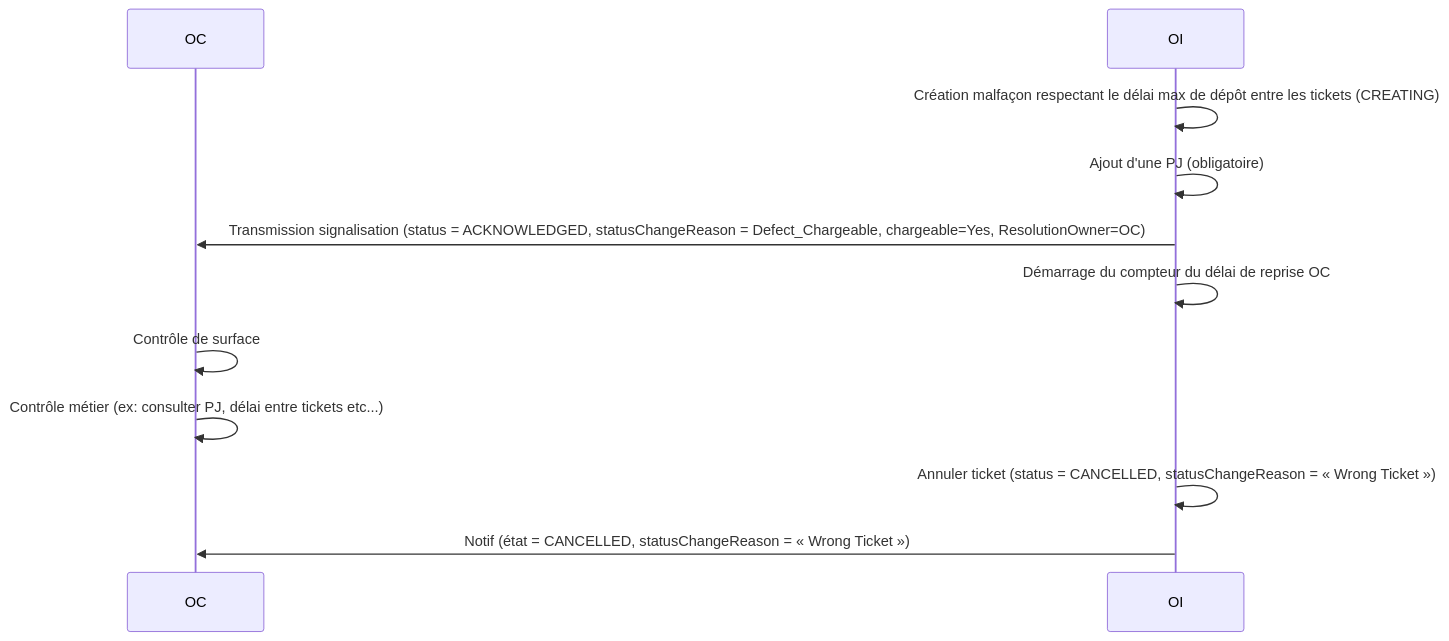
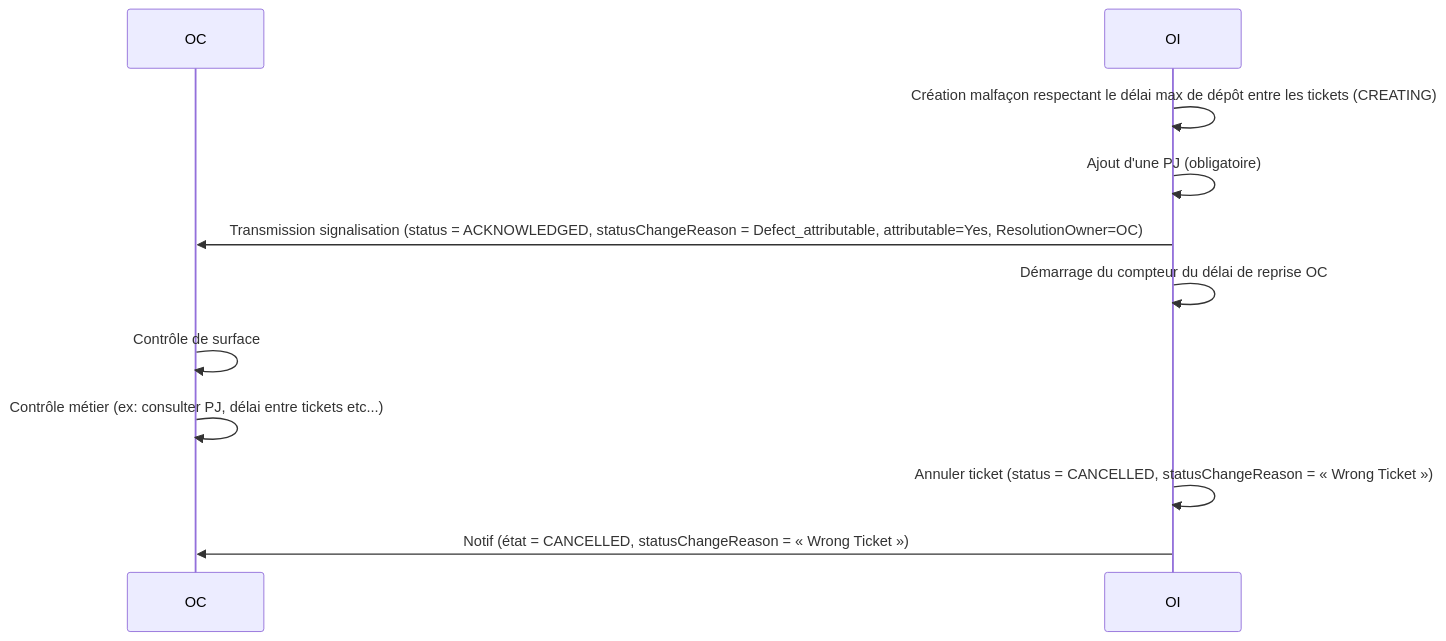
Diagram 11 of 12 in README.md (before-interop/malfacon), drawn with Mermaid before and after one commit. The commit also changed other lines of this file, not shown here.

````diff
--- a/README.md
+++ b/README.md
@@ -597,15 +628,15 @@
 ```mermaid
 sequenceDiagram
 
   participant OC
   participant OI
 
   OI->>OI: Création malfaçon respectant le délai max de dépôt entre les tickets (CREATING)
   OI->>OI: Ajout d'une PJ (obligatoire)
-  OI->>OC: Transmission signalisation (status = ACKNOWLEDGED, statusChangeReason = Defect_Chargeable, chargeable=Yes, ResolutionOwner=OC)
+  OI->>OC: Transmission signalisation (status = ACKNOWLEDGED, statusChangeReason = Defect_attributable, attributable=Yes, ResolutionOwner=OC)
   OI->>OI: Démarrage du compteur du délai de reprise OC
   OC->>OC: Contrôle de surface
   OC->>OC: Contrôle métier (ex: consulter PJ, délai entre tickets etc...)
   OI->>OI: Annuler ticket (status = CANCELLED, statusChangeReason = « Wrong Ticket »)
   OI->>OC: Notif (état = CANCELLED, statusChangeReason = « Wrong Ticket »)
 ```
````
